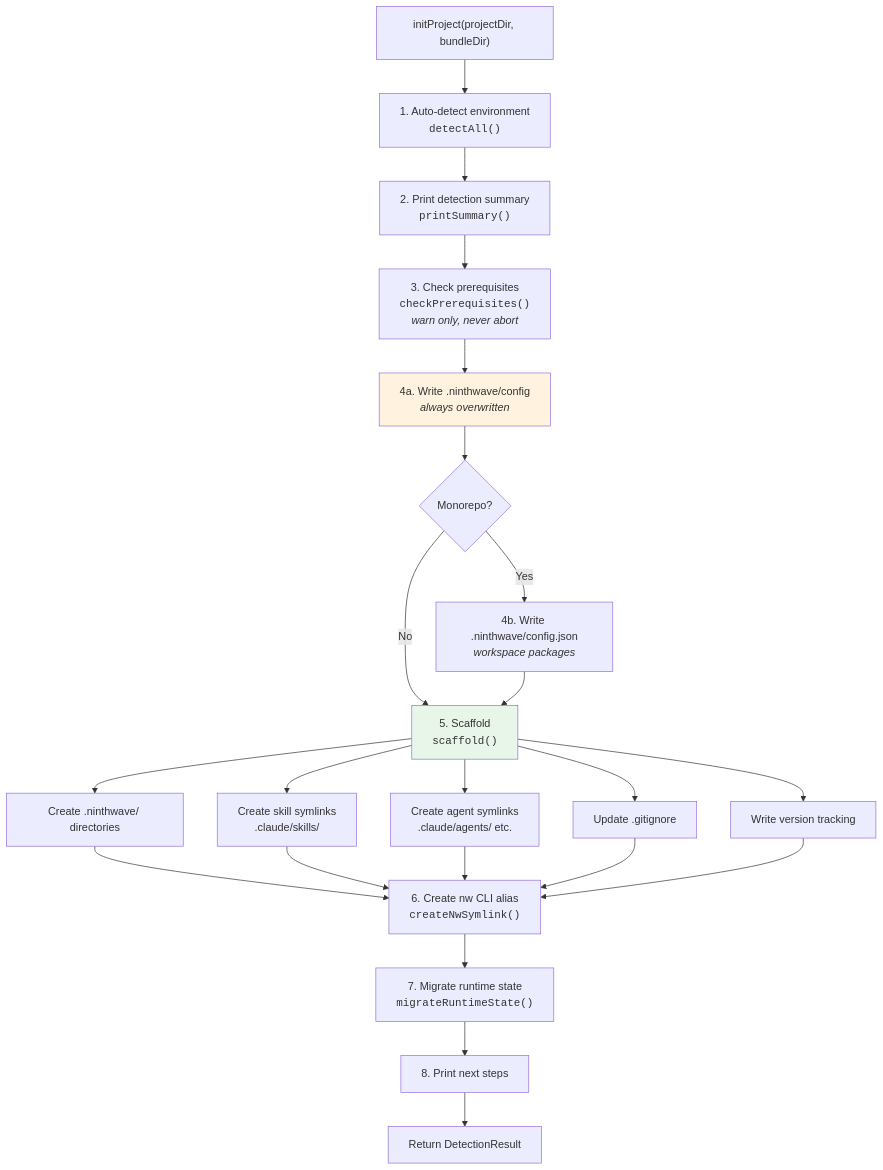
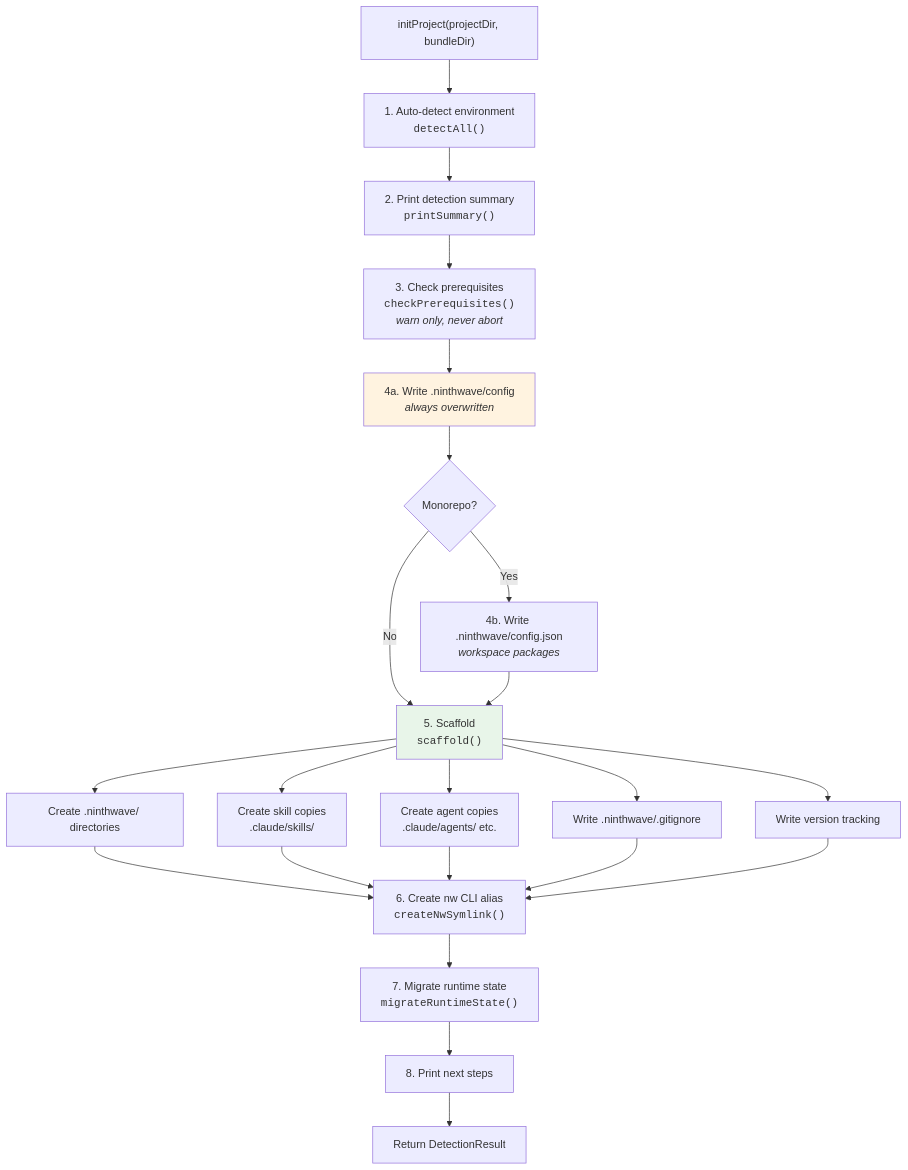
The third of 4 diagrams in docs/onboarding.md (ninthwave-sh/ninthwave), drawn with Mermaid before and after one commit. The commit also changed other lines of this file and 20 other files, not shown here.

````diff
--- a/docs/onboarding.md
+++ b/docs/onboarding.md
@@ -119,25 +119,25 @@
 ```mermaid
 flowchart TD
     A["initProject(projectDir, bundleDir)"] --> B["1. Auto-detect environment<br/><code>detectAll()</code>"]
     B --> C["2. Print detection summary<br/><code>printSummary()</code>"]
     C --> D["3. Check prerequisites<br/><code>checkPrerequisites()</code><br/><i>warn only, never abort</i>"]
     D --> E["4a. Write .ninthwave/config<br/><i>always overwritten</i>"]
     E --> F{Monorepo?}
     F -->|Yes| G["4b. Write .ninthwave/config.json<br/><i>workspace packages</i>"]
     F -->|No| H["5. Scaffold<br/><code>scaffold()</code>"]
     G --> H
 
     H --> H1["Create .ninthwave/ directories"]
-    H --> H2["Create skill symlinks<br/>.claude/skills/"]
-    H --> H3["Create agent symlinks<br/>.claude/agents/ etc."]
-    H --> H4["Update .gitignore"]
+    H --> H2["Create skill copies<br/>.claude/skills/"]
+    H --> H3["Create agent copies<br/>.claude/agents/ etc."]
+    H --> H4["Write .ninthwave/.gitignore"]
     H --> H5["Write version tracking"]
 
     H1 & H2 & H3 & H4 & H5 --> I["6. Create nw CLI alias<br/><code>createNwSymlink()</code>"]
     I --> J["7. Migrate runtime state<br/><code>migrateRuntimeState()</code>"]
     J --> K["8. Print next steps"]
     K --> L["Return DetectionResult"]
 
     style E fill:#fff3e0
     style H fill:#e8f5e9
 ```
````
